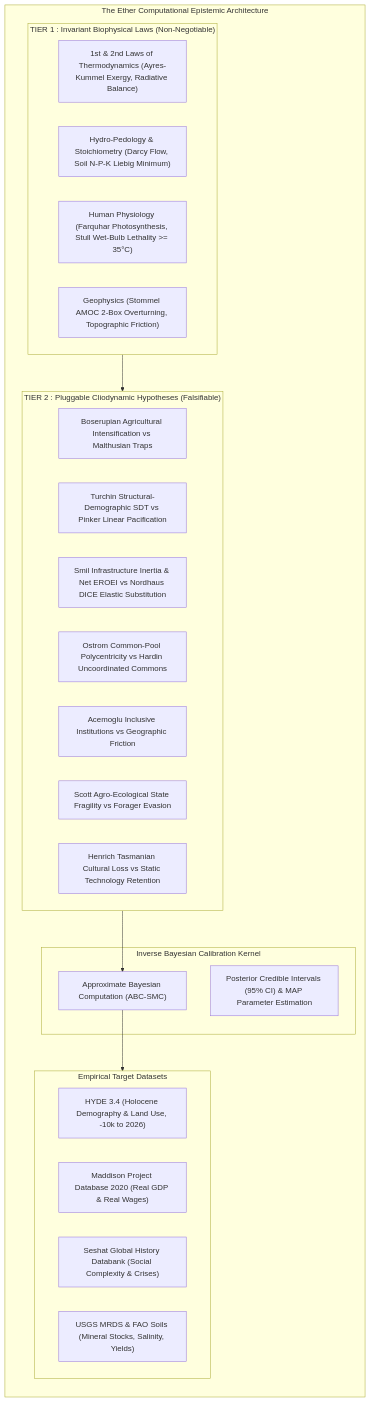
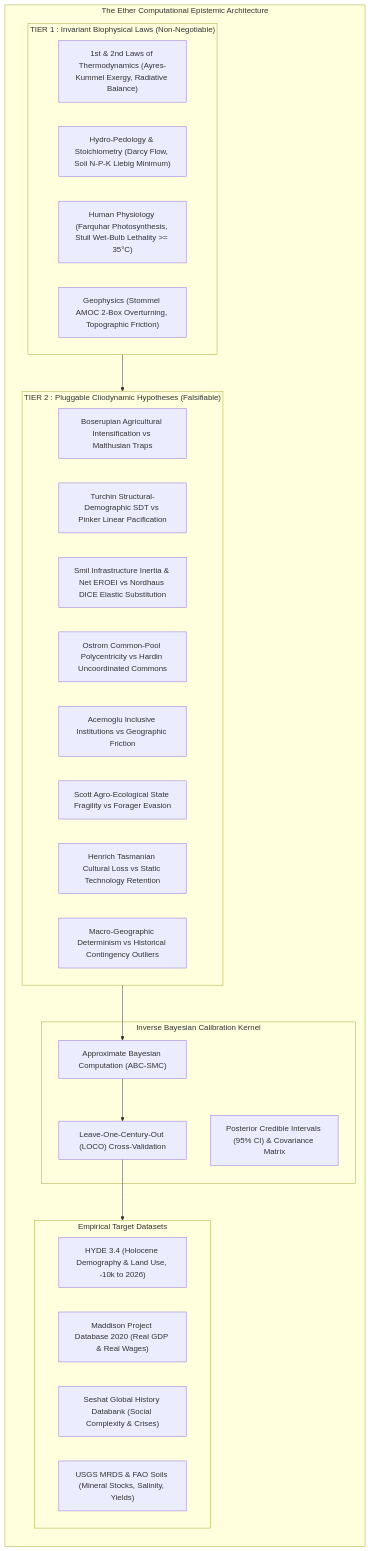
The first of 2 diagrams in docs/paper/ACADEMIC_PAPER_PLANETARY_CLIODYNAMICS_FALSIFICATION.md (silveremartin-dev/Ether), drawn with Mermaid before and after one commit. The commit also changed other lines of this file and 16 other files, not shown here.

````diff
--- a/docs/paper/ACADEMIC_PAPER_PLANETARY_CLIODYNAMICS_FALSIFICATION.md
+++ b/docs/paper/ACADEMIC_PAPER_PLANETARY_CLIODYNAMICS_FALSIFICATION.md
@@ -34,38 +35,41 @@
 ```mermaid
 flowchart TD
     subgraph EpistemicLab ["The Ether Computational Epistemic Architecture"]
         direction TB
         subgraph T1 ["TIER 1 : Invariant Biophysical Laws (Non-Negotiable)"]
             T1_1["1st & 2nd Laws of Thermodynamics (Ayres-Kummel Exergy, Radiative Balance)"]
             T1_2["Hydro-Pedology & Stoichiometry (Darcy Flow, Soil N-P-K Liebig Minimum)"]
             T1_3["Human Physiology (Farquhar Photosynthesis, Stull Wet-Bulb Lethality >= 35°C)"]
             T1_4["Geophysics (Stommel AMOC 2-Box Overturning, Topographic Friction)"]
         end
 
         subgraph T2 ["TIER 2 : Pluggable Cliodynamic Hypotheses (Falsifiable)"]
             T2_1["Boserupian Agricultural Intensification vs Malthusian Traps"]
             T2_2["Turchin Structural-Demographic SDT vs Pinker Linear Pacification"]
             T2_3["Smil Infrastructure Inertia & Net EROEI vs Nordhaus DICE Elastic Substitution"]
             T2_4["Ostrom Common-Pool Polycentricity vs Hardin Uncoordinated Commons"]
             T2_5["Acemoglu Inclusive Institutions vs Geographic Friction"]
             T2_6["Scott Agro-Ecological State Fragility vs Forager Evasion"]
             T2_7["Henrich Tasmanian Cultural Loss vs Static Technology Retention"]
+            T2_8["Macro-Geographic Determinism vs Historical Contingency Outliers"]
         end
 
         subgraph InverseInference ["Inverse Bayesian Calibration Kernel"]
             ABC["Approximate Bayesian Computation (ABC-SMC)"]
-            MCMC["Posterior Credible Intervals (95% CI) & MAP Parameter Estimation"]
+            MCMC["Posterior Credible Intervals (95% CI) & Covariance Matrix"]
+            LOCO["Leave-One-Century-Out (LOCO) Cross-Validation"]
         end
 
         subgraph Benchmarks ["Empirical Target Datasets"]
             B1["HYDE 3.4 (Holocene Demography & Land Use, -10k to 2026)"]
             B2["Maddison Project Database 2020 (Real GDP & Real Wages)"]
             B3["Seshat Global History Databank (Social Complexity & Crises)"]
             B4["USGS MRDS & FAO Soils (Mineral Stocks, Salinity, Yields)"]
         end
 
         T1 --> T2
         T2 --> ABC
-        ABC --> Benchmarks
+        ABC --> LOCO
+        LOCO --> Benchmarks
     end
 ```
````
